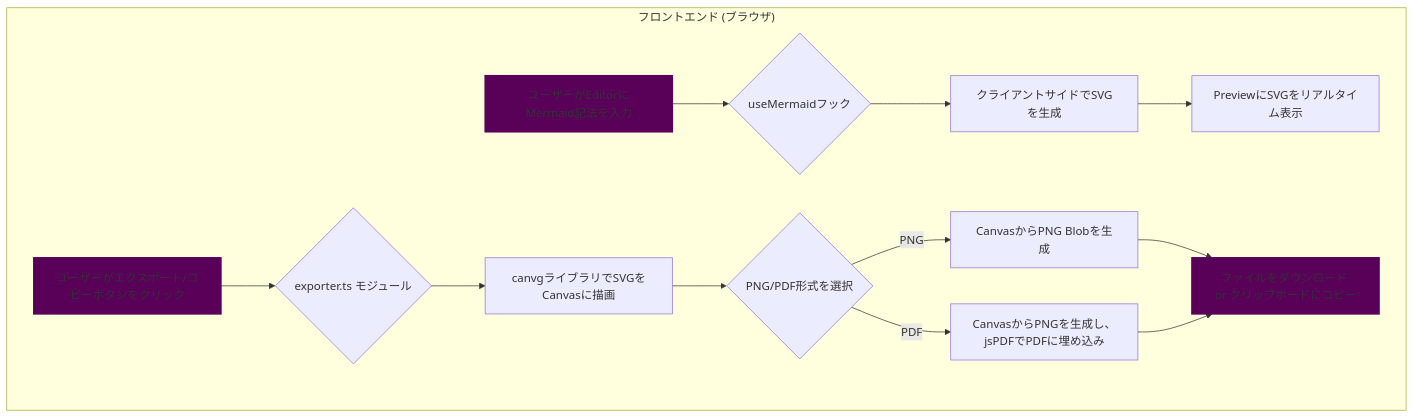
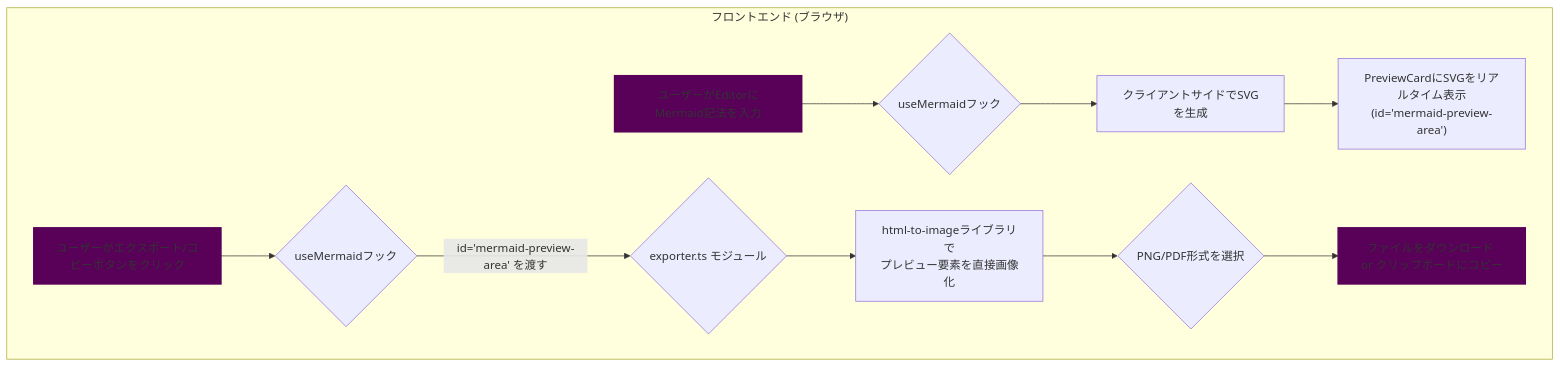
Before and after one commit to ymkge/mermaid-diagram-exporter: the diagram in README.md, drawn with Mermaid. The commit also changed other lines of this file and 5 other files, not shown here.

````diff
--- a/README.md
+++ b/README.md
@@ -45,21 +45,18 @@
 ```mermaid
 flowchart TD
     subgraph "フロントエンド (ブラウザ)"
         A[ユーザーがEditorにMermaid記法を入力] --> B{useMermaidフック};
         B --> C[クライアントサイドでSVGを生成];
-        C --> D[PreviewにSVGをリアルタイム表示];
+        C --> D["PreviewCardにSVGをリアルタイム表示<br>(id='mermaid-preview-area')"];
         
-        E[ユーザーがエクスポート/コピーボタンをクリック] --> F{exporter.ts モジュール};
-        F --> G[canvgライブラリでSVGをCanvasに描画];
-        G --> H{PNG/PDF形式を選択};
-        H -->|PNG| I[CanvasからPNG Blobを生成];
-        H -->|PDF| J[CanvasからPNGを生成し、jsPDFでPDFに埋め込み];
-        
-        I --> K[ファイルをダウンロード or クリップボードにコピー];
-        J --> K[ファイルをダウンロード or クリップボードにコピー];
+        E[ユーザーがエクスポート/コピーボタンをクリック] --> F{useMermaidフック};
+        F -- "id='mermaid-preview-area' を渡す" --> G{exporter.ts モジュール};
+        G --> H["html-to-imageライブラリで<br>プレビュー要素を直接画像化"];
+        H --> I{PNG/PDF形式を選択};
+        I --> J[ファイルをダウンロード or クリップボードにコピー];
     end
 
     style A fill:#590159,stroke:#590159,stroke-width:2px
     style E fill:#590159,stroke:#590159,stroke-width:2px
-    style K fill:#590159,stroke:#590159,stroke-width:2px
+    style J fill:#590159,stroke:#590159,stroke-width:2px
 ```
````
